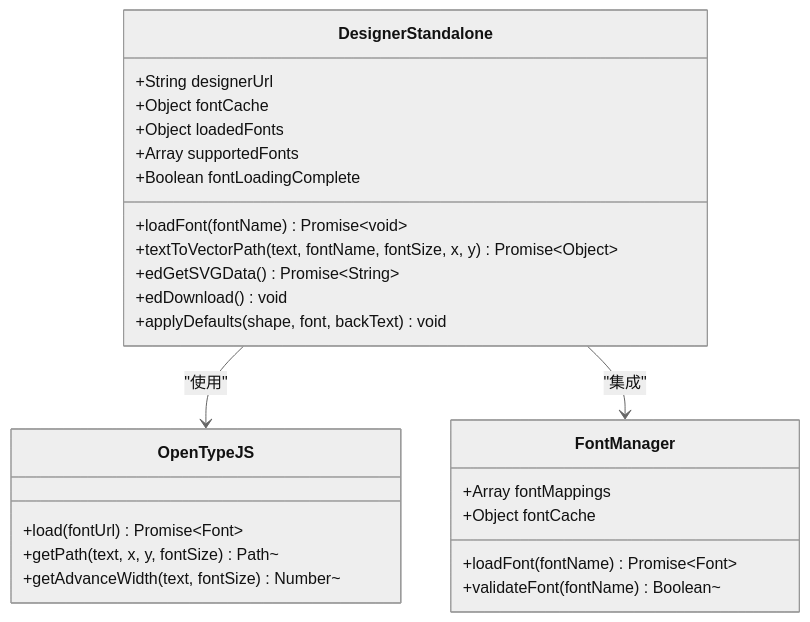
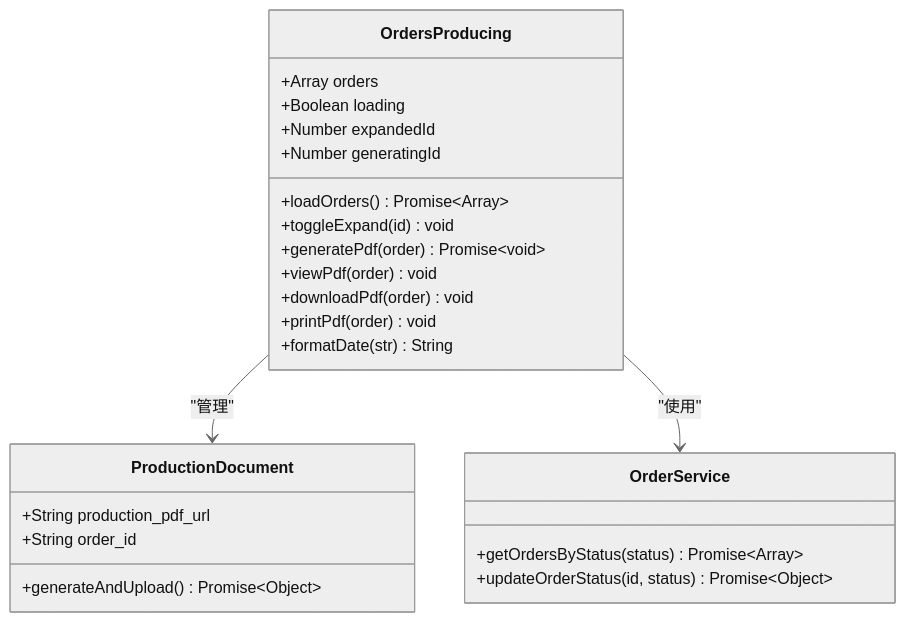
The seventh of 26 diagrams in .qoder/repowiki/zh/content/开发指南/Vue组件架构.md (SY6621/POD-Order-Management), drawn with Mermaid (neutral theme) before and after one commit. The commit also changed other lines of this file and 30 other files, not shown here.

````diff
--- a/.qoder/repowiki/zh/content/开发指南/Vue组件架构.md
+++ b/.qoder/repowiki/zh/content/开发指南/Vue组件架构.md
@@ -268,28 +272,27 @@
 ```mermaid
 classDiagram
-class DesignerStandalone {
-+String designerUrl
-+Object fontCache
-+Object loadedFonts
-+Array supportedFonts
-+Boolean fontLoadingComplete
-+loadFont(fontName) Promise~void~
-+textToVectorPath(text, fontName, fontSize, x, y) Promise~Object~
-+edGetSVGData() Promise~String~
-+edDownload() void
-+applyDefaults(shape, font, backText) void
+class OrdersProducing {
++Array orders
++Boolean loading
++Number expandedId
++Number generatingId
++loadOrders() Promise~Array~
++toggleExpand(id) void
++generatePdf(order) Promise~void~
++viewPdf(order) void
++downloadPdf(order) void
++printPdf(order) void
++formatDate(str) String
 }
-class OpenTypeJS {
-+load(fontUrl) Promise~Font~
-+getPath(text, x, y, fontSize) Path~
-+getAdvanceWidth(text, fontSize) Number~
+class ProductionDocument {
++String production_pdf_url
++String order_id
++generateAndUpload() Promise~Object~
 }
-class FontManager {
-+Array fontMappings
-+Object fontCache
-+loadFont(fontName) Promise~Font~
-+validateFont(fontName) Boolean~
+class OrderService {
++getOrdersByStatus(status) Promise~Array~
++updateOrderStatus(id, status) Promise~Object~
 }
-DesignerStandalone --> OpenTypeJS : "使用"
-DesignerStandalone --> FontManager : "集成"
+OrdersProducing --> ProductionDocument : "管理"
+OrdersProducing --> OrderService : "使用"
 ```
````
